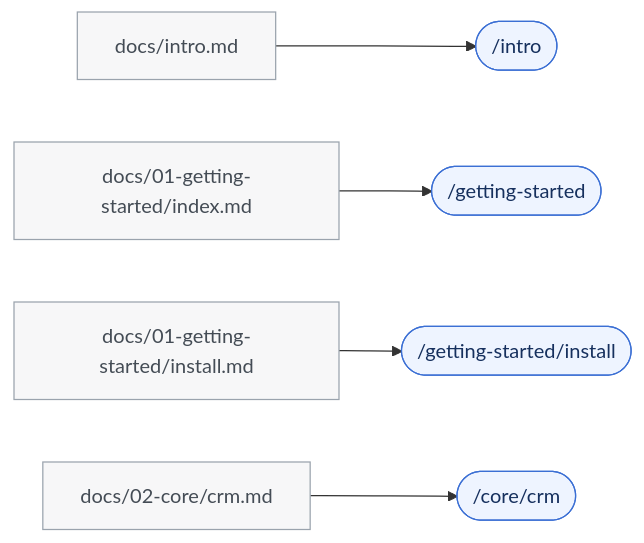
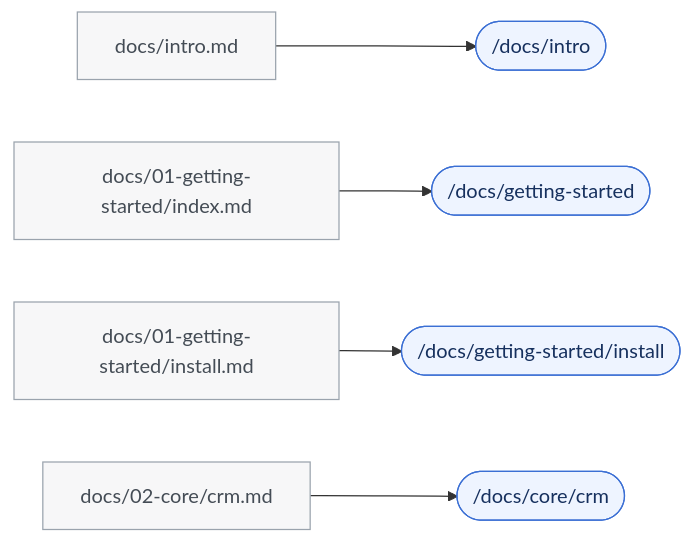
One commit to Sentrello/Sentrello changed the second of 2 diagrams in docs/site/05-modules/docs.md. Above: the diagram before and after it, drawn with Mermaid. The commit also changed other lines of this file and 1 other file, not shown here.

````diff
--- a/docs/site/05-modules/docs.md
+++ b/docs/site/05-modules/docs.md
@@ -67,10 +68,10 @@
 ```mermaid
 flowchart LR
   classDef file fill:#f7f7f8,stroke:#9aa3ad,color:#444c55
   classDef url fill:#eef4ff,stroke:#3b6fd4,color:#16305e
 
-  A["docs/intro.md"]:::file --> A2(["/intro"]):::url
-  B["docs/01-getting-started/index.md"]:::file --> B2(["/getting-started"]):::url
-  C["docs/01-getting-started/install.md"]:::file --> C2(["/getting-started/install"]):::url
-  D["docs/02-core/crm.md"]:::file --> D2(["/core/crm"]):::url
+  A["docs/intro.md"]:::file --> A2(["/docs/intro"]):::url
+  B["docs/01-getting-started/index.md"]:::file --> B2(["/docs/getting-started"]):::url
+  C["docs/01-getting-started/install.md"]:::file --> C2(["/docs/getting-started/install"]):::url
+  D["docs/02-core/crm.md"]:::file --> D2(["/docs/core/crm"]):::url
 ```
````
